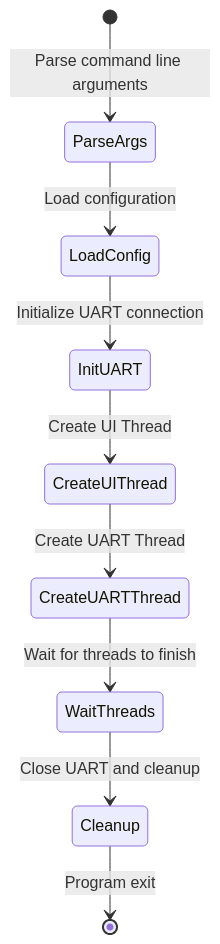
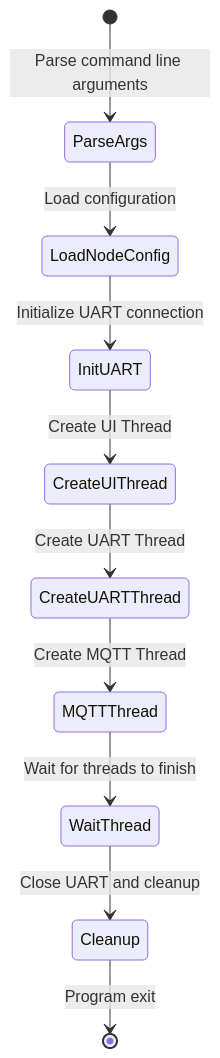
The first of 4 diagrams in README.md (hongthiennhan/DATN_Gateway), drawn with Mermaid before and after one commit.

````diff
--- a/README.md
+++ b/README.md
@@ -7,11 +7,12 @@
 ```mermaid
 stateDiagram-v2
     [*] --> ParseArgs: Parse command line arguments
-    ParseArgs --> LoadConfig: Load configuration
-    LoadConfig --> InitUART: Initialize UART connection
+    ParseArgs --> LoadNodeConfig: Load configuration
+    LoadNodeConfig --> InitUART: Initialize UART connection
     InitUART --> CreateUIThread: Create UI Thread
     CreateUIThread --> CreateUARTThread: Create UART Thread
-    CreateUARTThread --> WaitThreads: Wait for threads to finish
-    WaitThreads --> Cleanup: Close UART and cleanup
+    CreateUARTThread --> MQTTThread: Create MQTT Thread
+    MQTTThread --> WaitThread: Wait for threads to finish
+    WaitThread --> Cleanup: Close UART and cleanup
     Cleanup --> [*]: Program exit
 ```
````
